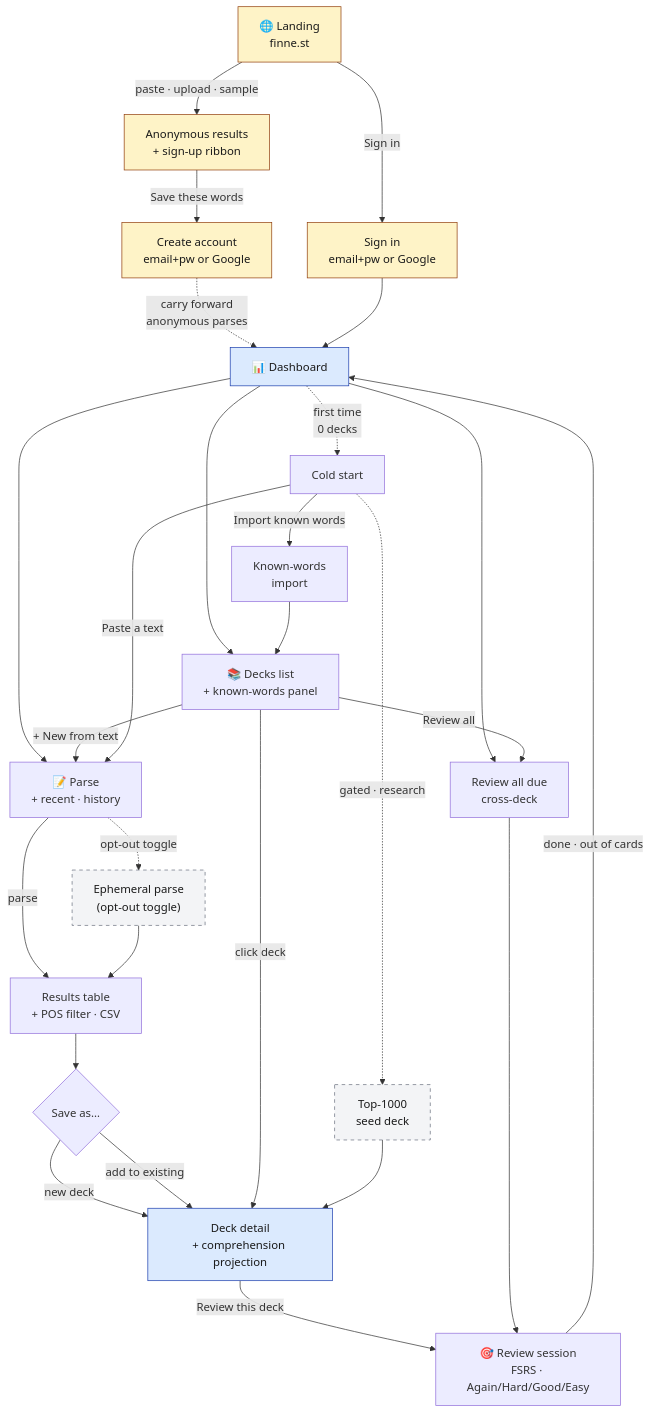
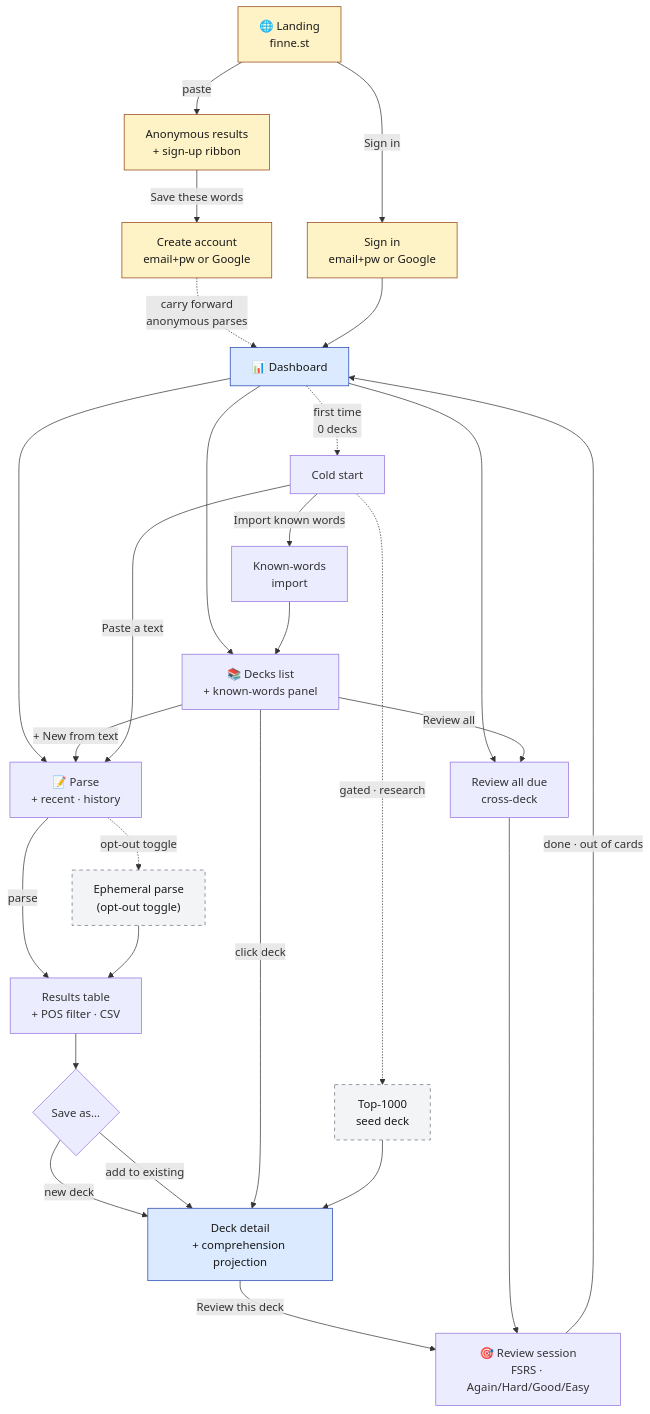
The first of 2 diagrams in docs/USER_FLOWS.md (sagarinbabel/finnestdb), drawn with Mermaid before and after one commit. The commit also changed other lines of this file and 39 other files, not shown here.

````diff
--- a/docs/USER_FLOWS.md
+++ b/docs/USER_FLOWS.md
@@ -17,61 +29,61 @@
 ```mermaid
 flowchart TD
     %% ===== Anonymous =====
     L["🌐 Landing<br/>finne.st"]
     AR["Anonymous results<br/>+ sign-up ribbon"]
     SU["Create account<br/>email+pw or Google"]
     SI["Sign in<br/>email+pw or Google"]
 
-    L -->|"paste · upload · sample"| AR
+    L -->|"paste"| AR
     L -->|"Sign in"| SI
     AR -->|"Save these words"| SU
 
     %% ===== Auth bridge =====
     SU -.->|"carry forward<br/>anonymous parses"| D
     SI --> D
 
     %% ===== Signed-in main loop =====
     D["📊 Dashboard"]
     P["📝 Parse<br/>+ recent · history"]
     EPH["Ephemeral parse<br/>(opt-out toggle)"]
     R["Results table<br/>+ POS filter · CSV"]
     SP{"Save as…"}
     DL["📚 Decks list<br/>+ known-words panel"]
     DD["Deck detail<br/>+ comprehension projection"]
     REV["🎯 Review session<br/>FSRS · Again/Hard/Good/Easy"]
     REVALL["Review all due<br/>cross-deck"]
 
     D --> P
     D --> DL
     D --> REVALL
 
     P -->|"parse"| R
     P -.->|"opt-out toggle"| EPH
     EPH --> R
     R --> SP
     SP -->|"new deck"| DD
     SP -->|"add to existing"| DD
 
     DL -->|"click deck"| DD
     DL -->|"+ New from text"| P
     DL -->|"Review all"| REVALL
     DD -->|"Review this deck"| REV
     REVALL --> REV
     REV -->|"done · out of cards"| D
 
     %% ===== Cold start =====
     D -.->|"first time<br/>0 decks"| CS["Cold start"]
     CS -->|"Paste a text"| P
     CS -->|"Import known words"| KW["Known-words<br/>import"]
     CS -.->|"gated · research"| TOP["Top-1000<br/>seed deck"]
     KW --> DL
     TOP --> DD
 
     %% ===== Styling =====
     classDef anon fill:#fef3c7,stroke:#92400e,color:#1a1a1a
     classDef gated fill:#f3f4f6,stroke:#6b7280,stroke-dasharray:5 5,color:#1a1a1a
     classDef hub fill:#dbeafe,stroke:#1e40af,color:#1a1a1a
     class L,AR,SU,SI anon
     class TOP,EPH gated
     class D,DD hub
 ```
````
